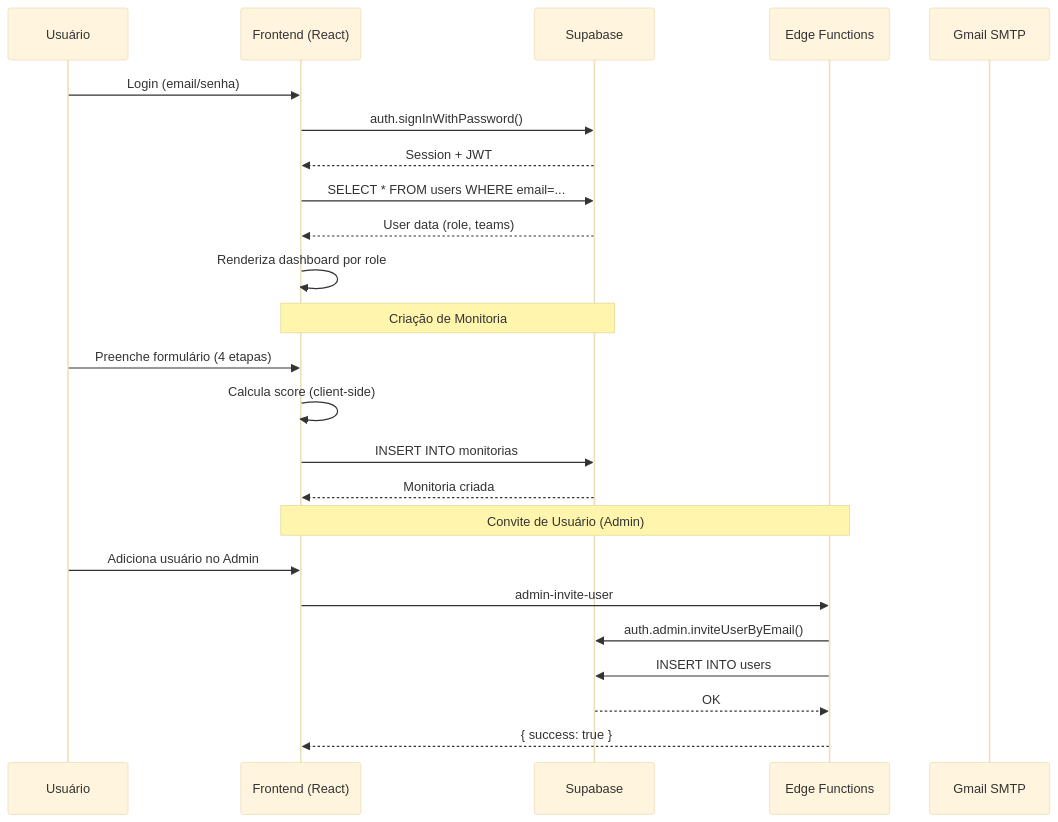
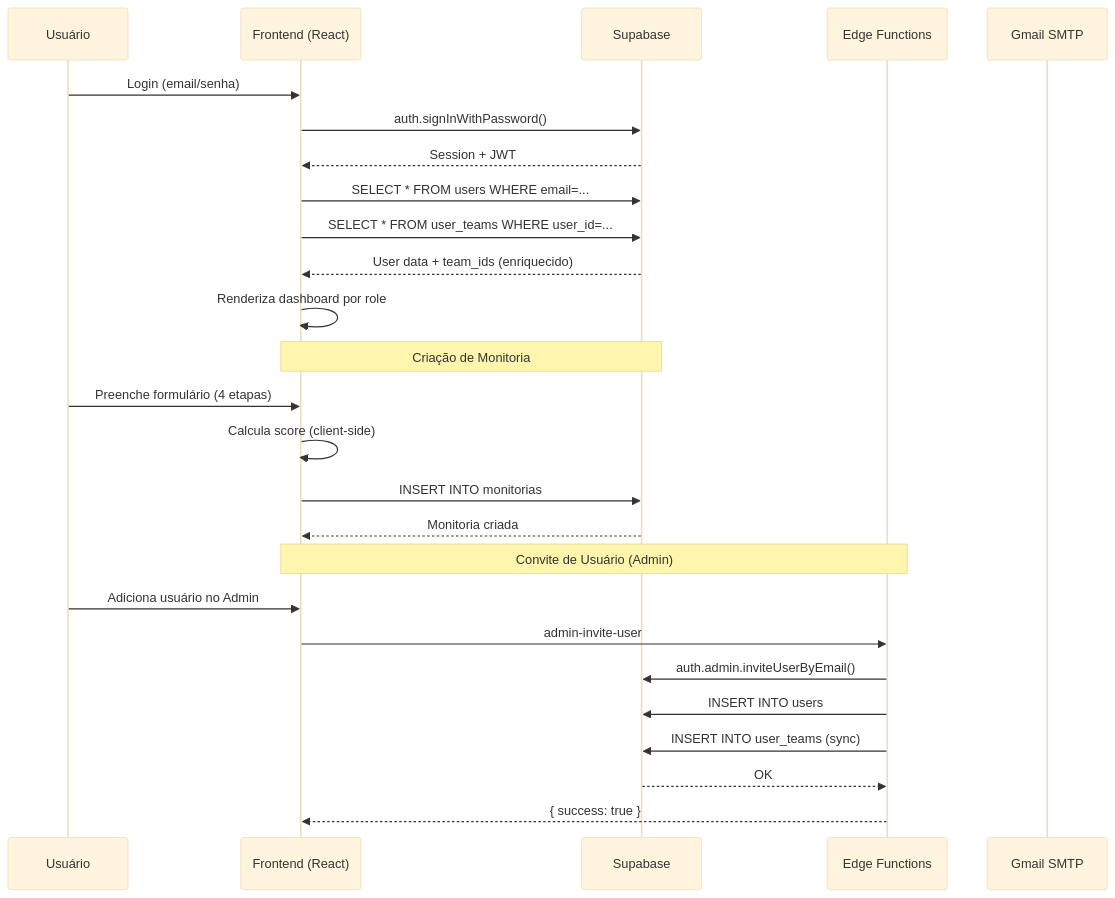
The third of 3 diagrams in docs/architecture/system-overview.md (allanscode/QualiTrack), drawn with Mermaid (base theme) before and after one commit. The commit also changed other lines of this file and 19 other files, not shown here.

````diff
--- a/docs/architecture/system-overview.md
+++ b/docs/architecture/system-overview.md
@@ -163,29 +185,31 @@
 ```mermaid
 sequenceDiagram
     participant U as Usuário
     participant F as Frontend (React)
     participant S as Supabase
     participant E as Edge Functions
     participant SMTP as Gmail SMTP
 
     U->>F: Login (email/senha)
     F->>S: auth.signInWithPassword()
     S-->>F: Session + JWT
     F->>S: SELECT * FROM users WHERE email=...
-    S-->>F: User data (role, teams)
+    F->>S: SELECT * FROM user_teams WHERE user_id=...
+    S-->>F: User data + team_ids (enriquecido)
     F->>F: Renderiza dashboard por role
-    
+
     Note over F,S: Criação de Monitoria
     U->>F: Preenche formulário (4 etapas)
     F->>F: Calcula score (client-side)
     F->>S: INSERT INTO monitorias
     S-->>F: Monitoria criada
-    
+
     Note over F,E: Convite de Usuário (Admin)
     U->>F: Adiciona usuário no Admin
     F->>E: admin-invite-user
     E->>S: auth.admin.inviteUserByEmail()
     E->>S: INSERT INTO users
+    E->>S: INSERT INTO user_teams (sync)
     S-->>E: OK
     E-->>F: { success: true }
 ```
````
